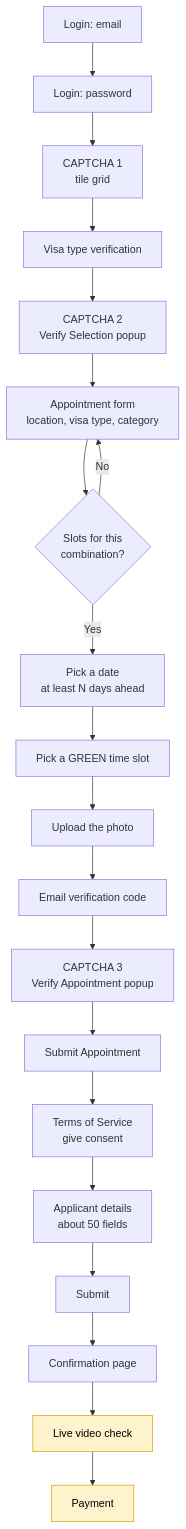
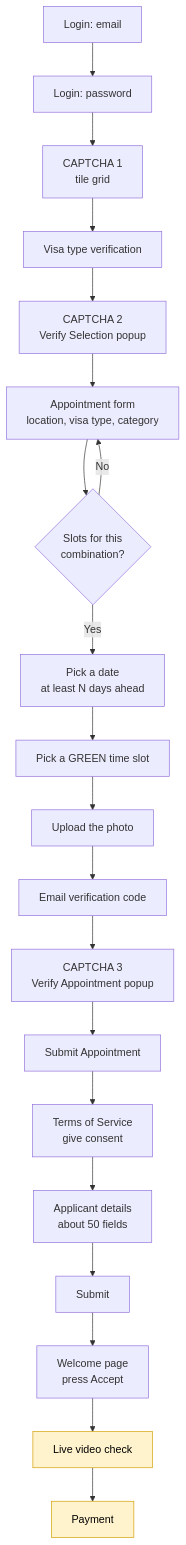
One commit to GoodFriendJob/bls-egypt-bot changed the second of 4 diagrams in README.md. Above: the diagram before and after it, drawn with Mermaid. The commit also changed 2 other files, not shown here.

First paragraph of the commit message:
feat: accept the welcome page that leads to the video check
The booking now goes all the way through. Run 20261014_234430 submitted the
applicant form and landed on

````diff
--- a/README.md
+++ b/README.md
@@ -78,25 +78,25 @@
 ```mermaid
 flowchart TD
     L1[Login: email] --> L2[Login: password]
     L2 --> L3[CAPTCHA 1<br/>tile grid]
     L3 --> V1[Visa type verification]
     V1 --> V2[CAPTCHA 2<br/>Verify Selection popup]
     V2 --> F1[Appointment form<br/>location, visa type, category]
     F1 --> Q{Slots for this<br/>combination?}
     Q -- No --> F1
     Q -- Yes --> B1[Pick a date<br/>at least N days ahead]
     B1 --> B2[Pick a GREEN time slot]
     B2 --> B3[Upload the photo]
     B3 --> B4[Email verification code]
     B4 --> B5[CAPTCHA 3<br/>Verify Appointment popup]
     B5 --> B6[Submit Appointment]
     B6 --> T[Terms of Service<br/>give consent]
     T --> A1[Applicant details<br/>about 50 fields]
     A1 --> A2[Submit]
-    A2 --> C1[Confirmation page]
+    A2 --> C1[Welcome page<br/>press Accept]
     C1 --> P1[Live video check]
     P1 --> P2[Payment]
 
     style P1 fill:#fff3cd,stroke:#d39e00,color:#000
     style P2 fill:#fff3cd,stroke:#d39e00,color:#000
 ```
````
